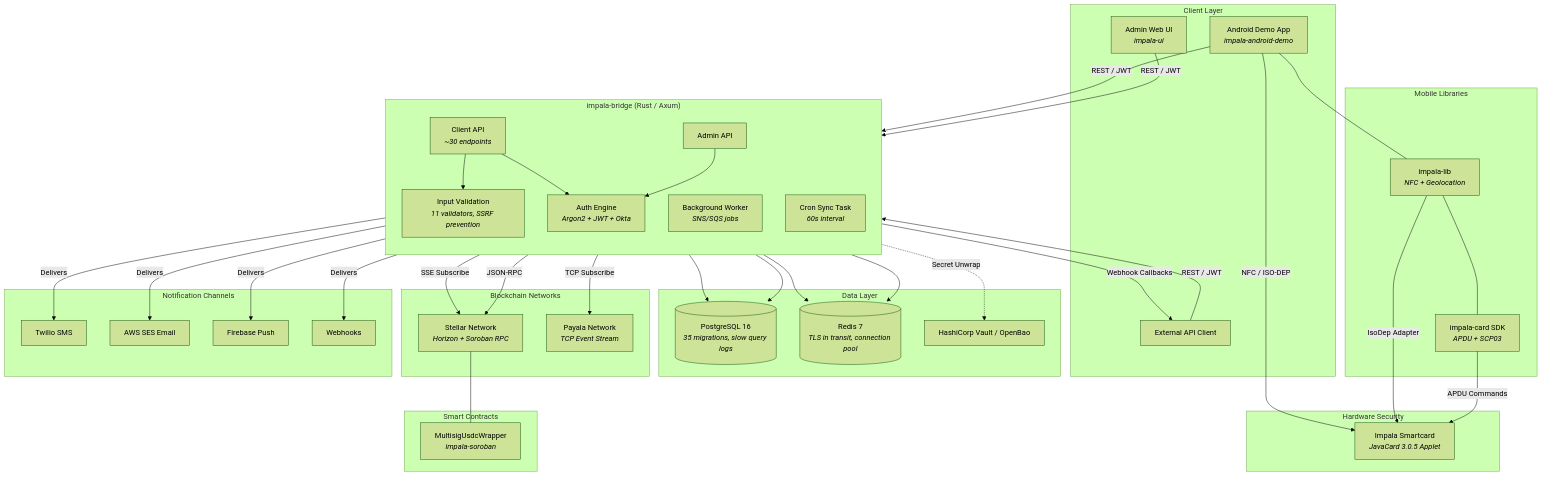
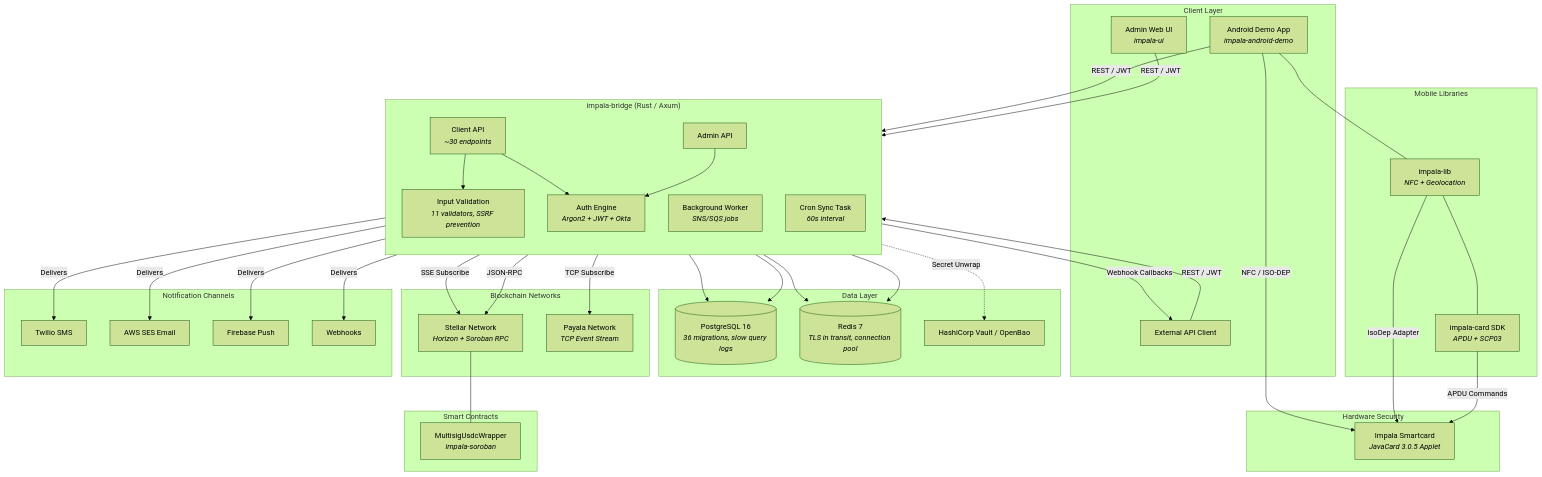
The first of 14 diagrams in ARCHITECTURE.md (Financial-Empowerment-Partners/impala), drawn with Mermaid (forest theme) before and after one commit. The commit also changed other lines of this file and 124 other files, not shown here.

````diff
--- a/ARCHITECTURE.md
+++ b/ARCHITECTURE.md
@@ -70,81 +70,81 @@
 ```mermaid
 graph TB
     subgraph Clients["Client Layer"]
         AndroidApp["Android Demo App<br/><i>impala-android-demo</i>"]
         AdminUI["Admin Web UI<br/><i>impala-ui</i>"]
         ExtClient["External API Client"]
     end
 
     subgraph Bridge["impala-bridge &lpar;Rust / Axum&rpar;"]
         direction TB
         ClientAPI["Client API<br/><i>~30 endpoints</i>"]
         AdminAPI["Admin API"]
         AuthEngine["Auth Engine<br/><i>Argon2 + JWT + Okta</i>"]
         Validation["Input Validation<br/><i>11 validators, SSRF prevention</i>"]
         Worker["Background Worker<br/><i>SNS/SQS jobs</i>"]
         CronSync["Cron Sync Task<br/><i>60s interval</i>"]
     end
 
     subgraph Storage["Data Layer"]
-        Postgres[("PostgreSQL 16<br/><i>35 migrations, slow query logs</i>")]
+        Postgres[("PostgreSQL 16<br/><i>36 migrations, slow query logs</i>")]
         Redis[("Redis 7<br/><i>TLS in transit, connection pool</i>")]
         Vault["HashiCorp Vault / OpenBao"]
     end
 
     subgraph Networks["Blockchain Networks"]
         Stellar["Stellar Network<br/><i>Horizon + Soroban RPC</i>"]
         Payala["Payala Network<br/><i>TCP Event Stream</i>"]
     end
 
     subgraph Hardware["Hardware Security"]
         Card["Impala Smartcard<br/><i>JavaCard 3.0.5 Applet</i>"]
     end
 
     subgraph MobileLibs["Mobile Libraries"]
         ImpalaLib["impala-lib<br/><i>NFC + Geolocation</i>"]
         ImpalaSDK["impala-card SDK<br/><i>APDU + SCP03</i>"]
     end
 
     subgraph Contracts["Smart Contracts"]
         Soroban["MultisigUsdcWrapper<br/><i>impala-soroban</i>"]
     end
 
     subgraph Notifications["Notification Channels"]
         Twilio["Twilio SMS"]
         SES["AWS SES Email"]
         FCM["Firebase Push"]
         Webhooks["Webhooks"]
     end
 
     AndroidApp -->|"REST / JWT"| ClientAPI
     AdminUI -->|"REST / JWT"| AdminAPI
     ExtClient -->|"REST / JWT"| ClientAPI
 
     ClientAPI --> Validation
     ClientAPI --> AuthEngine
     AdminAPI --> AuthEngine
     AuthEngine --> Postgres
     AuthEngine --> Redis
 
     Bridge --> Postgres
     Bridge --> Redis
     Bridge -.->|"Secret Unwrap"| Vault
 
     ClientAPI -->|"SSE Subscribe"| Stellar
     ClientAPI -->|"JSON-RPC"| Stellar
     ClientAPI -->|"TCP Subscribe"| Payala
     CronSync -->|"Webhook Callbacks"| ExtClient
 
     Worker -->|"Delivers"| Twilio
     Worker -->|"Delivers"| SES
     Worker -->|"Delivers"| FCM
     Worker -->|"Delivers"| Webhooks
 
     Stellar --- Soroban
 
     AndroidApp -->|"NFC / ISO-DEP"| Card
     ImpalaLib -->|"IsoDep Adapter"| Card
     ImpalaSDK -->|"APDU Commands"| Card
     AndroidApp --- ImpalaLib
     ImpalaLib --- ImpalaSDK
 ```
````
